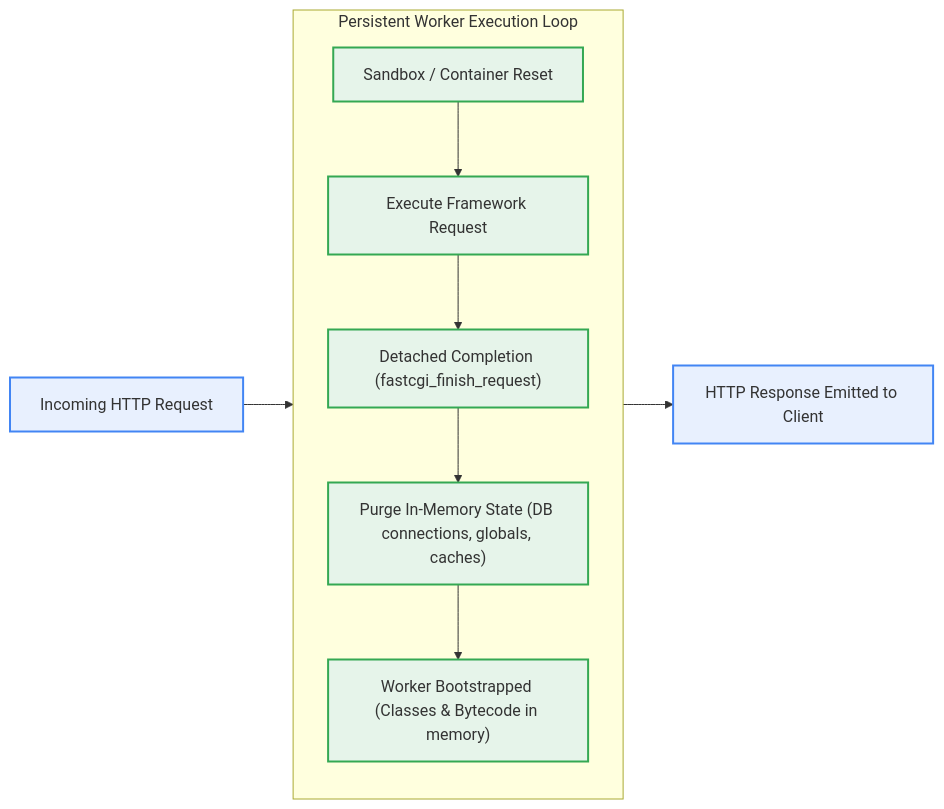
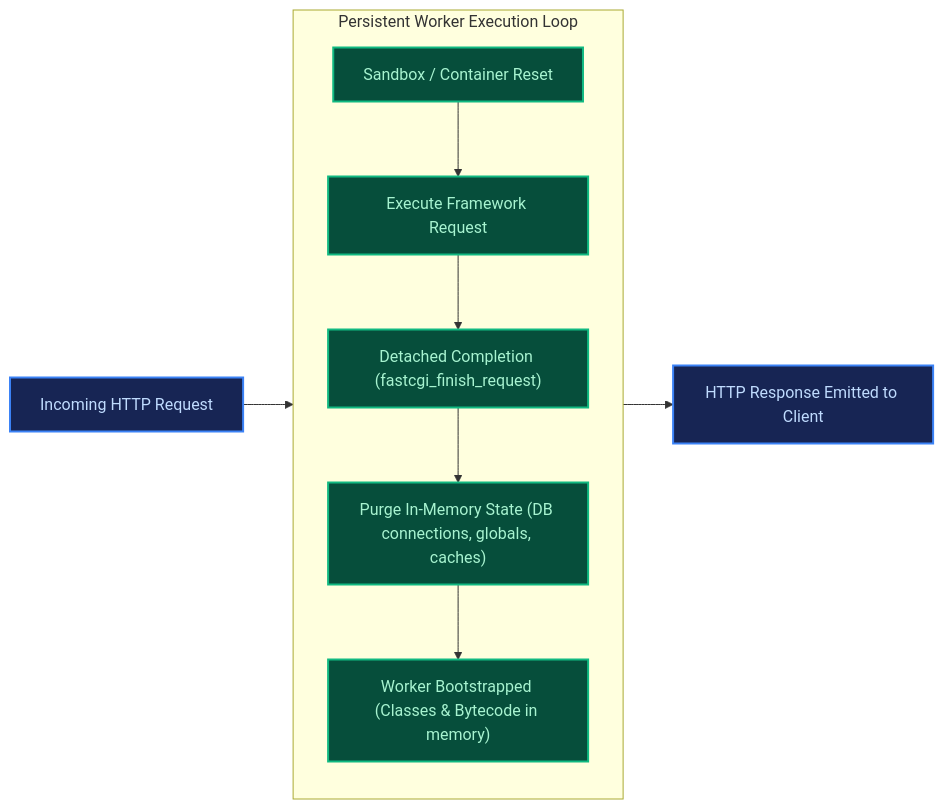
The second of 2 diagrams in docs/models/model-a-simulation.md (andypost/freeunit-model), drawn with Mermaid before and after one commit. The commit also changed other lines of this file and 10 other files, not shown here.

First line of the commit message:
fix(docs,diagrams): redesign architecture diagram with event ordering and fix dark theme contrast

````diff
--- a/docs/models/model-a-simulation.md
+++ b/docs/models/model-a-simulation.md
@@ -47,23 +47,23 @@
 ```mermaid
 flowchart LR
     Req["Incoming HTTP Request"]
     
     subgraph WorkerLoop["Persistent Worker Execution Loop"]
         direction TB
         Bootstrap["Worker Bootstrapped (Classes &amp; Bytecode in memory)"]
         Clone["Sandbox / Container Reset"]
         Execute["Execute Framework Request"]
         Finish["Detached Completion (fastcgi_finish_request)"]
         Reset["Purge In-Memory State (DB connections, globals, caches)"]
     end
 
     Resp["HTTP Response Emitted to Client"]
 
     Req --> Clone --> Execute --> Finish --> Resp
     Finish --> Reset --> Bootstrap
 
-    classDef blue fill:#e8f0fe,stroke:#4285f4,stroke-width:2px;
-    classDef green fill:#e6f4ea,stroke:#34a853,stroke-width:2px;
+    classDef blue fill:#172554,stroke:#3b82f6,stroke-width:2px,color:#bfdbfe;
+    classDef green fill:#064e3b,stroke:#10b981,stroke-width:2px,color:#a7f3d0;
     class Req,Resp blue;
     class Bootstrap,Clone,Execute,Finish,Reset green;
 ```
````
